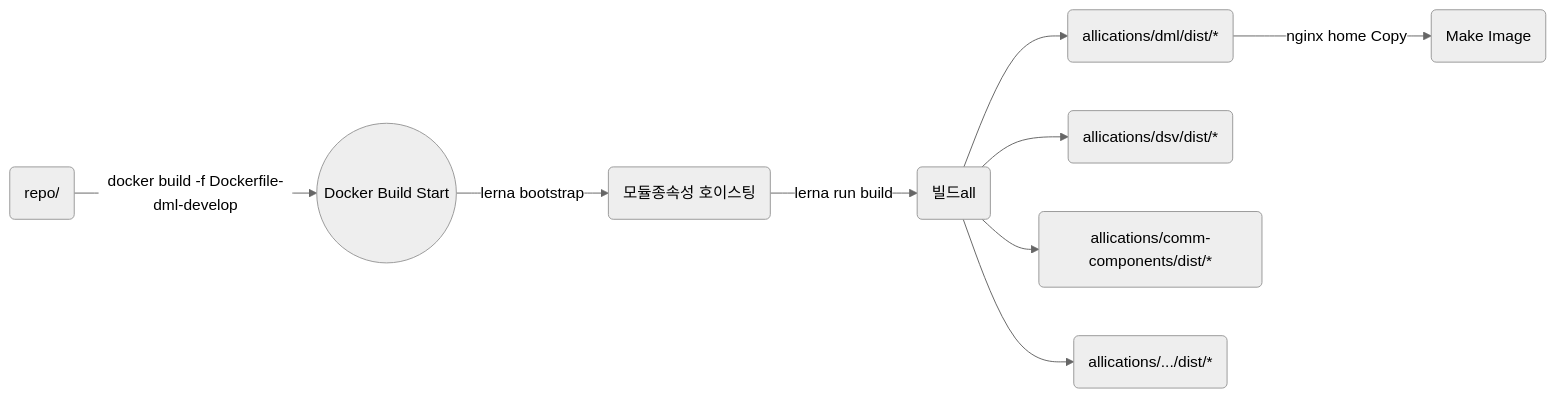
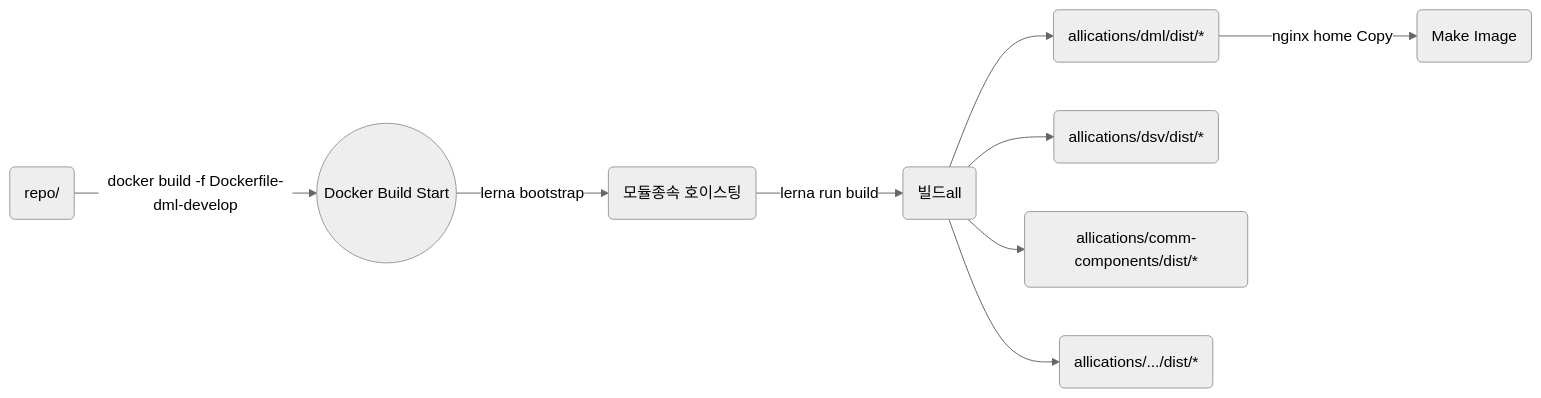
Before and after one commit to Shin-Beomchul/mono: the second of 2 diagrams in README.md, drawn with Mermaid (neutral theme). The commit also changed other lines of this file, not shown here.

````diff
--- a/README.md
+++ b/README.md
@@ -71,10 +71,10 @@
 ```mermaid
 graph LR
 A(repo/) --docker build -f Dockerfile-dml-develop --> B((Docker Build Start)) 
-B --lerna bootstrap--> C(모듈종속성 호이스팅) --lerna run build--> ALL(빌드all) 
+B --lerna bootstrap--> C(모듈종속 호이스팅) --lerna run build--> ALL(빌드all) 
 ALL --> D1(allications/dml/dist/*)
 ALL --> D2(allications/dsv/dist/*)
 ALL --> D3(allications/comm-components/dist/*)
 ALL --> DX(allications/.../dist/*)
 D1 --nginx home Copy-->E(Make Image)
 ```
````
